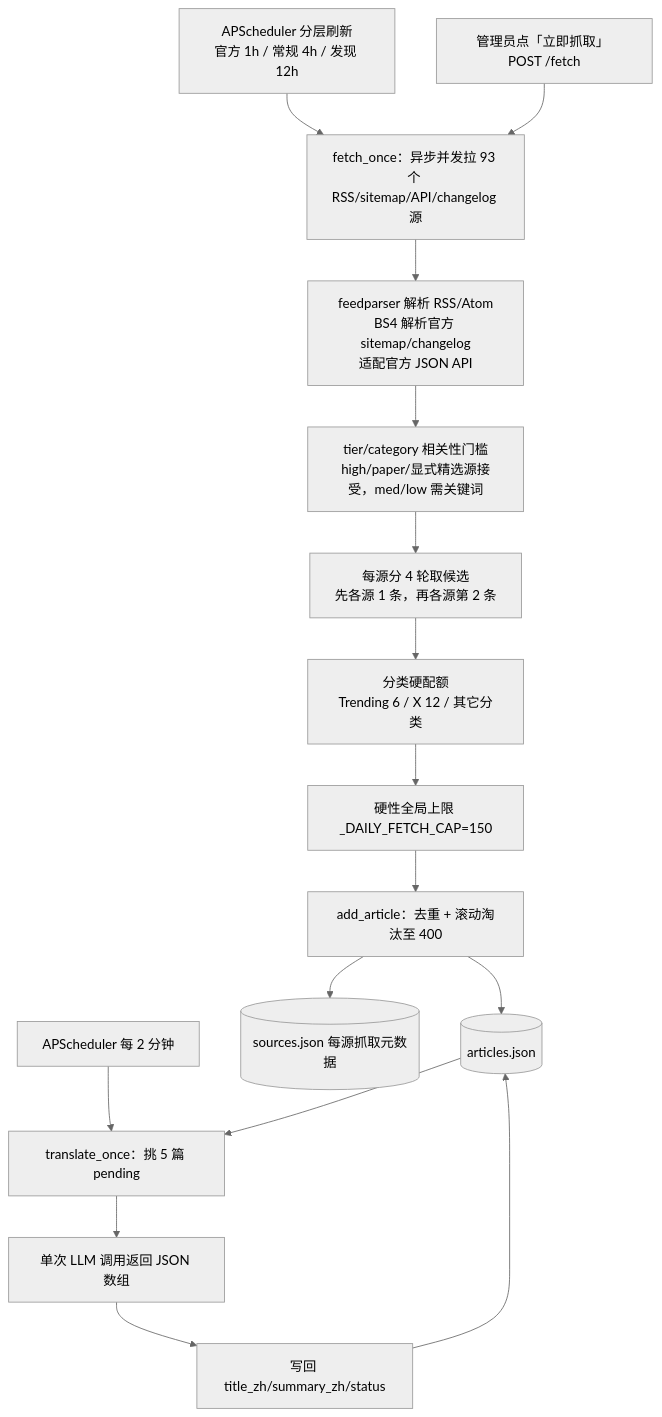
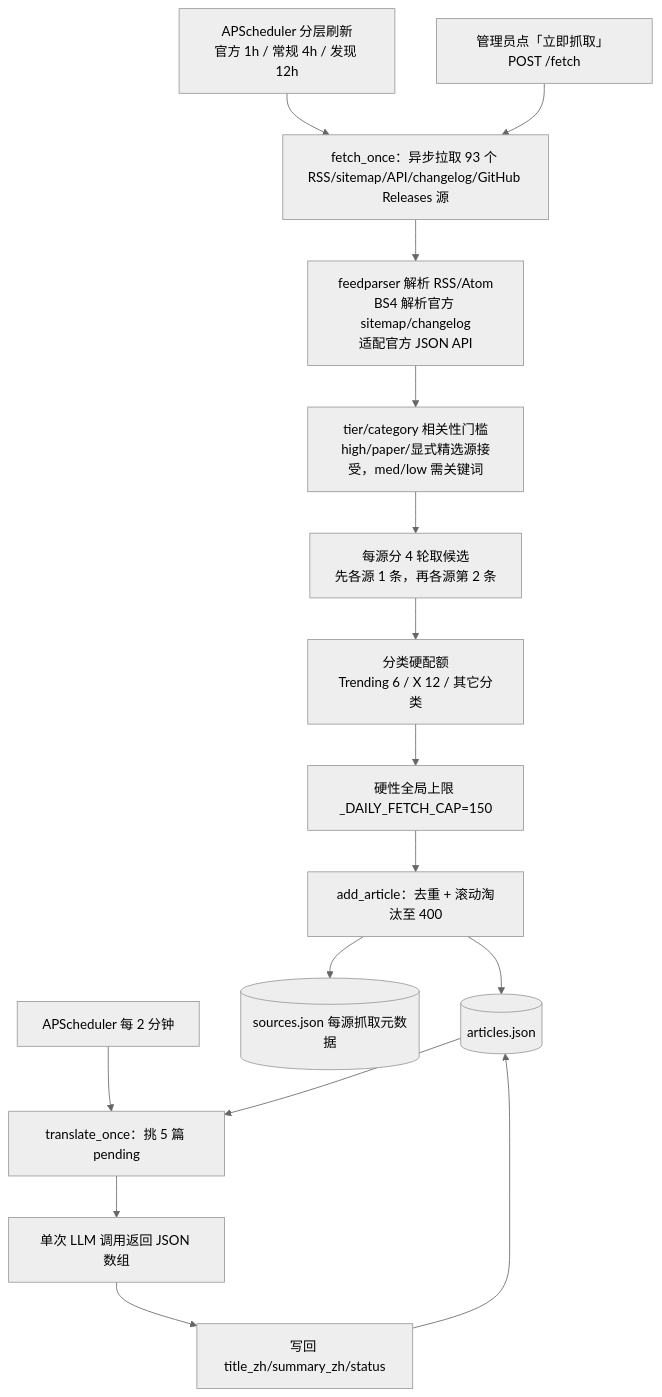
Before and after one commit to nikefd/ai-frontier-agent: the diagram in llmdoc/architecture/rss-pipeline-architecture.md, drawn with Mermaid (neutral theme). The commit also changed other lines of this file and 10 other files, not shown here.

````diff
--- a/llmdoc/architecture/rss-pipeline-architecture.md
+++ b/llmdoc/architecture/rss-pipeline-architecture.md
@@ -10,20 +10,20 @@
 ```mermaid
 flowchart TD
   cron[APScheduler 分层刷新<br/>官方 1h / 常规 4h / 发现 12h] --> fetch
   manual[管理员点「立即抓取」 POST /fetch] --> fetch
-  fetch[fetch_once：异步并发拉 93 个 RSS/sitemap/API/changelog 源]
+  fetch[fetch_once：异步拉取 93 个 RSS/sitemap/API/changelog/GitHub Releases 源]
   fetch --> parse[feedparser 解析 RSS/Atom<br/>BS4 解析官方 sitemap/changelog<br/>适配官方 JSON API]
   parse --> gate[tier/category 相关性门槛<br/>high/paper/显式精选源接受，med/low 需关键词]
   gate --> rounds[每源分 4 轮取候选<br/>先各源 1 条，再各源第 2 条]
   rounds --> category[分类硬配额<br/>Trending 6 / X 12 / 其它分类]
   category --> global[硬性全局上限 _DAILY_FETCH_CAP=150]
   global --> store[add_article：去重 + 滚动淘汰至 400]
   store --> articles[(articles.json)]
   store --> meta[(sources.json 每源抓取元数据)]
 
   tick[APScheduler 每 2 分钟] --> trans[translate_once：挑 5 篇 pending]
   articles --> trans
   trans --> llm[单次 LLM 调用返回 JSON 数组]
   llm --> writeback[写回 title_zh/summary_zh/status]
   writeback --> articles
 ```
````
